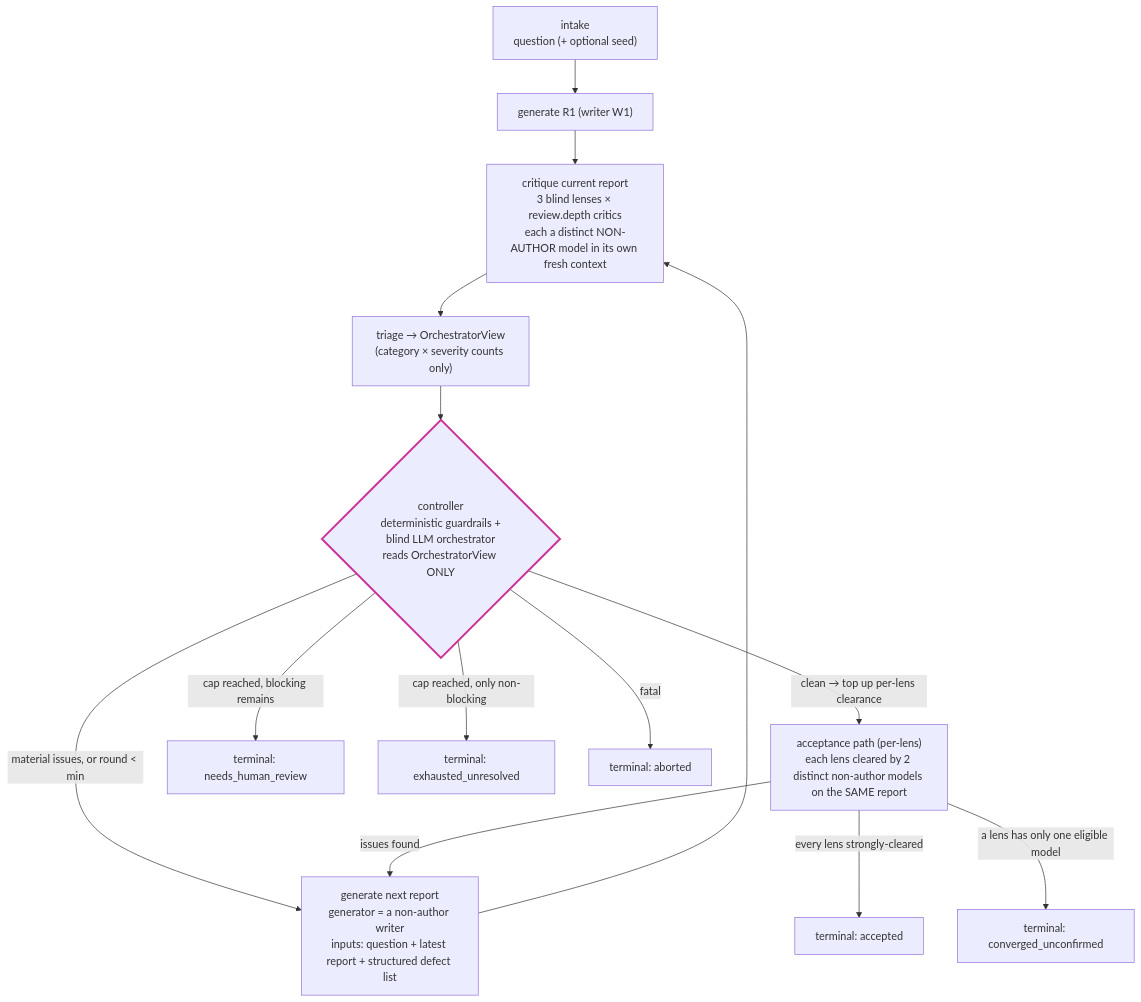
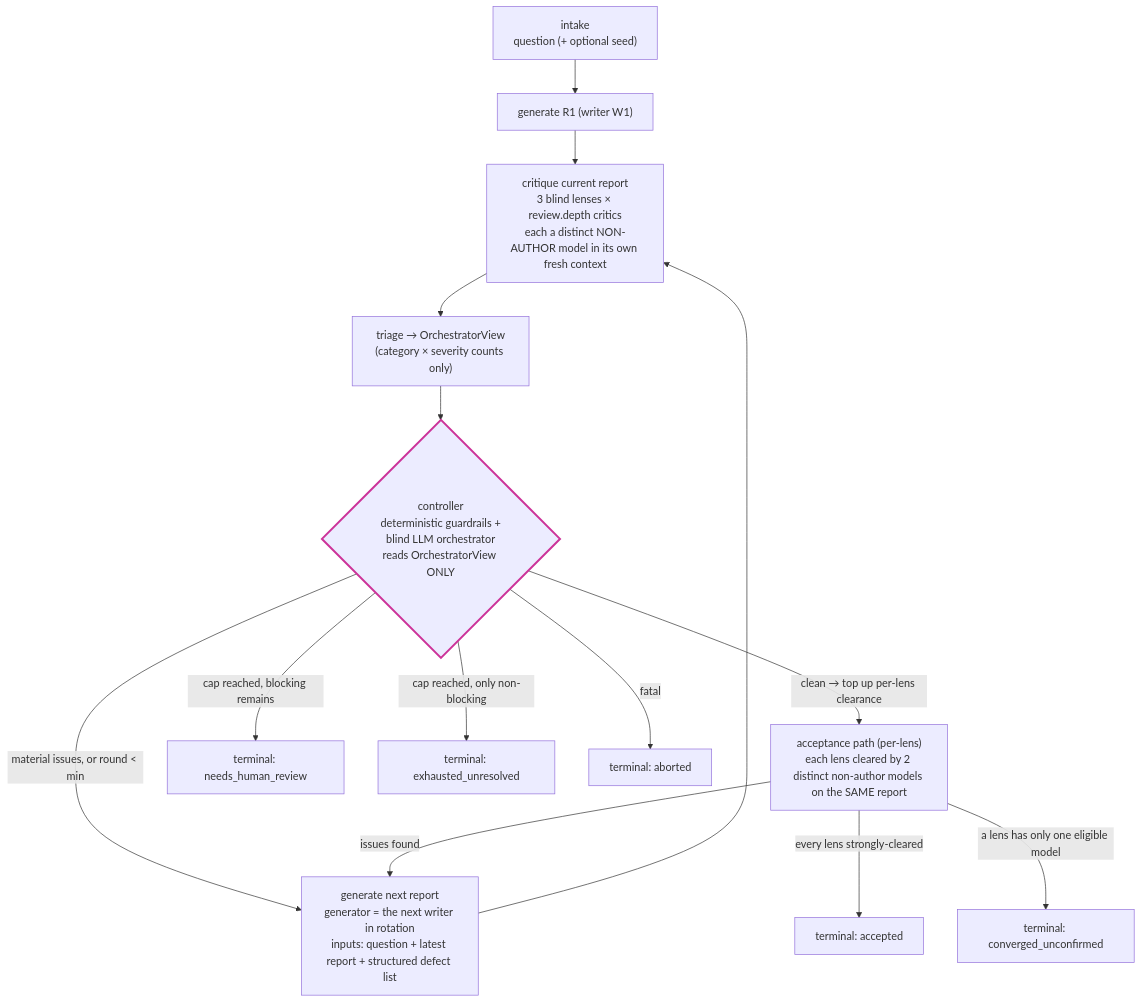
The diagram in docs/DESIGN.md (NickBorgers/reasonable-answer), drawn with Mermaid before and after one commit. The commit also changed other lines of this file and 17 other files, not shown here.

First line of the commit message:
feat(roles): writers rotate round-robin; the previous author is not excluded (D-writer-rotation-pool) (#238)

````diff
--- a/docs/DESIGN.md
+++ b/docs/DESIGN.md
@@ -105,21 +114,21 @@
 ```mermaid
 flowchart TD
     IN["intake<br/>question (+ optional seed)"] --> G1["generate R1 (writer W1)"]
     G1 --> CRIT["critique current report<br/>3 blind lenses × review.depth critics<br/>each a distinct NON-AUTHOR model in its own fresh context"]
     CRIT --> SUM["triage → OrchestratorView<br/>(category × severity counts only)"]
     SUM --> CTRL{"controller<br/>deterministic guardrails +<br/>blind LLM orchestrator<br/>reads OrchestratorView ONLY"}
-    CTRL -->|"material issues, or round &lt; min"| GEN["generate next report<br/>generator = a non-author writer<br/>inputs: question + latest report + structured defect list"]
+    CTRL -->|"material issues, or round &lt; min"| GEN["generate next report<br/>generator = the next writer in rotation<br/>inputs: question + latest report + structured defect list"]
     GEN --> CRIT
     CTRL -->|"clean → top up per-lens clearance"| CONF["acceptance path (per-lens)<br/>each lens cleared by 2 distinct non-author models on the SAME report"]
     CONF -->|"every lens strongly-cleared"| ACC["terminal: accepted"]
     CONF -->|"a lens has only one eligible model"| CU["terminal: converged_unconfirmed"]
     CONF -->|issues found| GEN
     CTRL -->|"cap reached, blocking remains"| NHR["terminal: needs_human_review"]
     CTRL -->|"cap reached, only non-blocking"| EXH["terminal: exhausted_unresolved"]
     CTRL -->|fatal| AB["terminal: aborted"]
 
     %% Stroke only, no fill — see the note in isolation.md: a hard-coded pale fill goes
     %% unreadable in dark mode, where the label colour flips but the fill does not.
     classDef blind stroke:#c39,stroke-width:3px;
     class CTRL blind;
 ```
````
